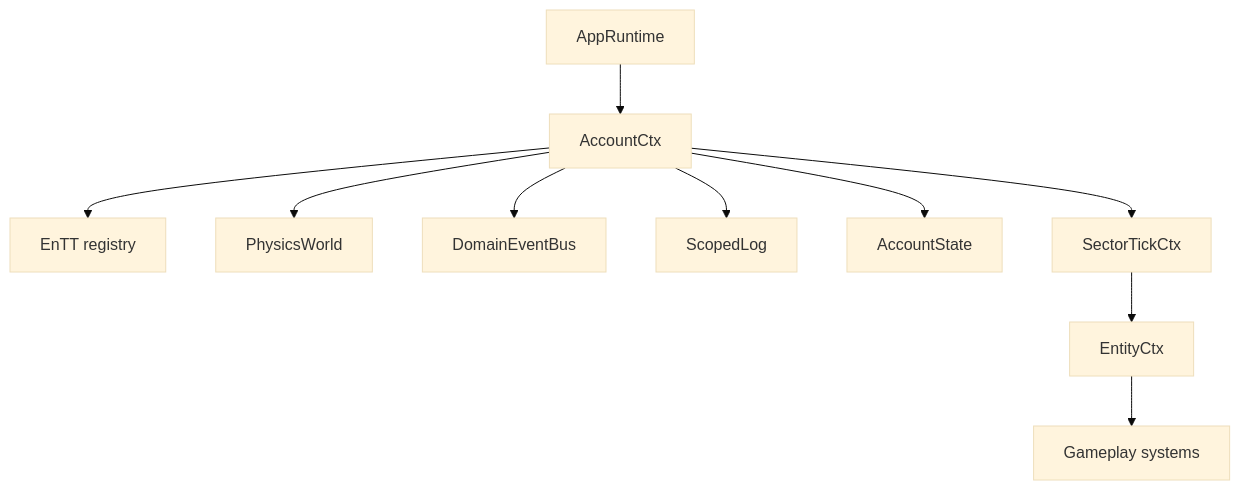
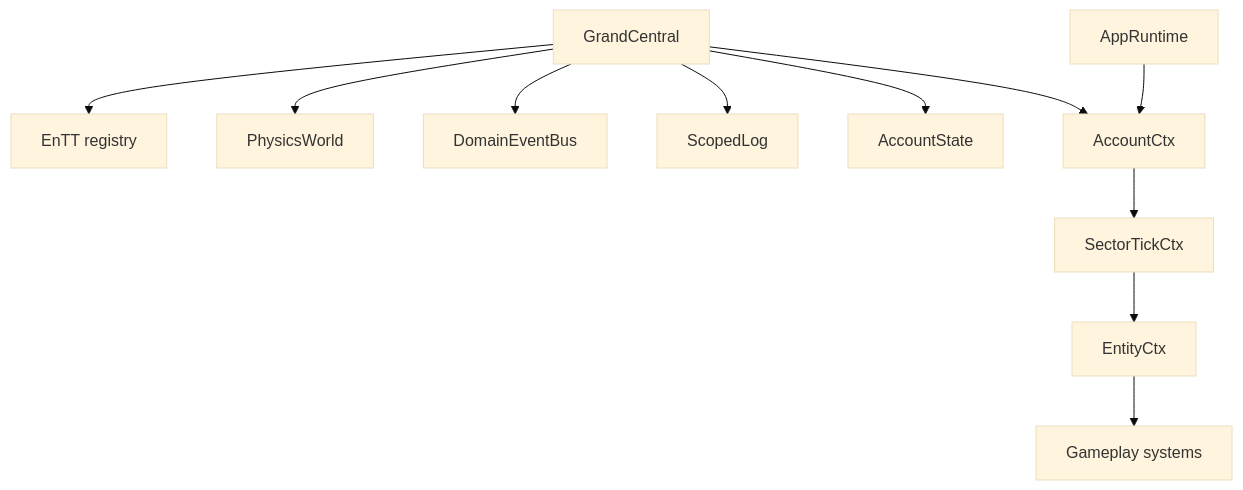
Before and after one commit to meleneth/hyperverse: the diagram in docs/tour/architecture.md, drawn with Mermaid (base theme). The commit also changed other lines of this file and 61 other files, not shown here.

````diff
--- a/docs/tour/architecture.md
+++ b/docs/tour/architecture.md
@@ -5,12 +5,13 @@
 ```mermaid
 flowchart TD
+  GC[GrandCentral] --> Registry[EnTT registry]
+  GC --> Physics[PhysicsWorld]
+  GC --> Events[DomainEventBus]
+  GC --> Log[ScopedLog]
+  GC --> Account[AccountState]
+  GC --> AccountCtx
   App[AppRuntime] --> AccountCtx
-  AccountCtx --> Registry[EnTT registry]
-  AccountCtx --> Physics[PhysicsWorld]
-  AccountCtx --> Events[DomainEventBus]
-  AccountCtx --> Log[ScopedLog]
-  AccountCtx --> Account[AccountState]
   AccountCtx --> Tick[SectorTickCtx]
   Tick --> Entity[EntityCtx]
   Entity --> Systems[Gameplay systems]
 ```
````
